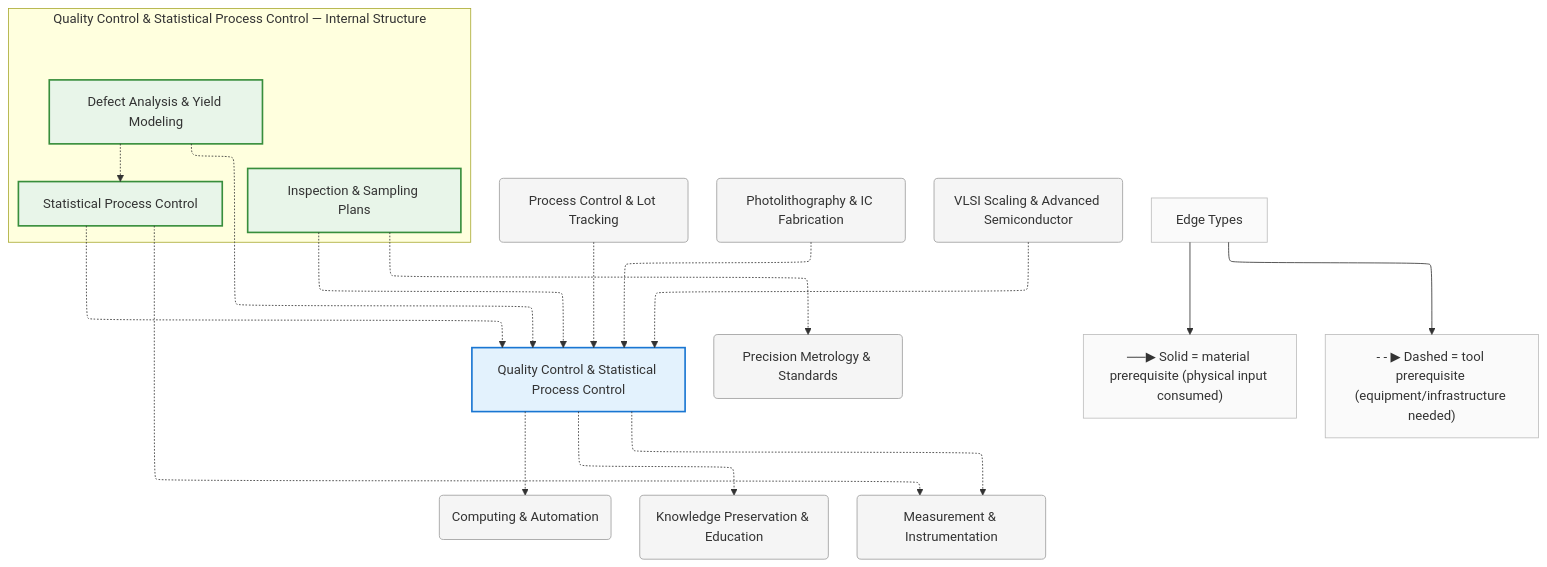
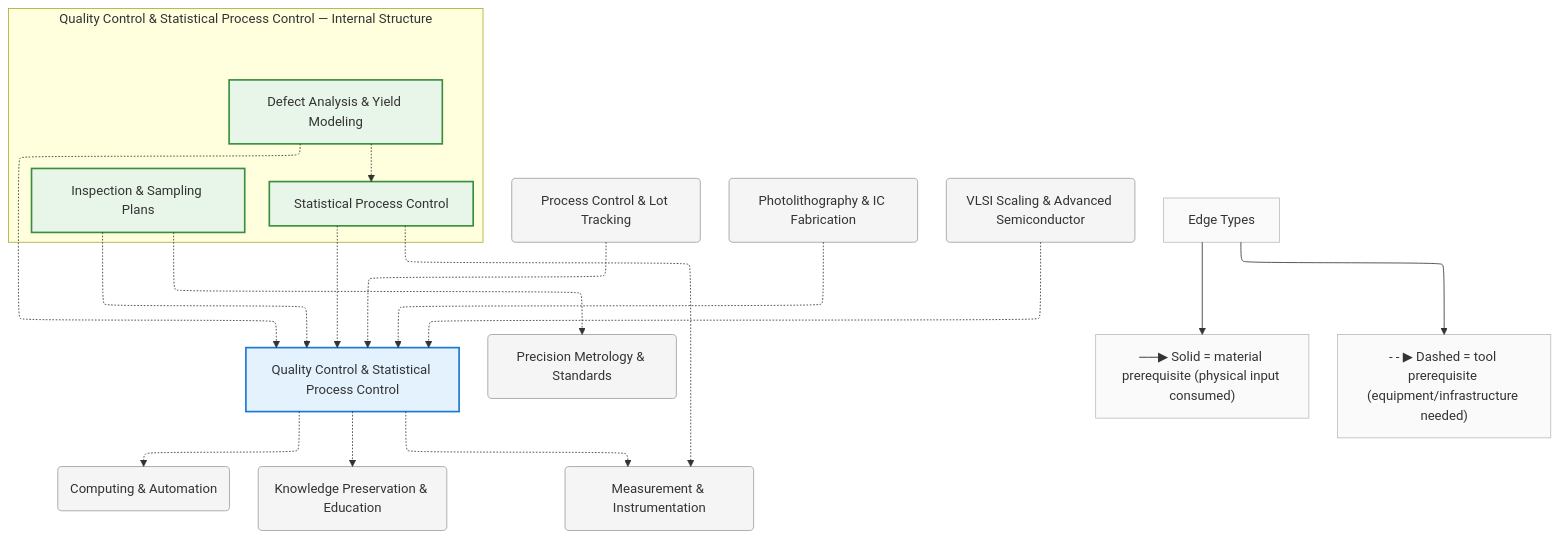
Before and after one commit to egofree/TechTree: the diagram in diagrams/mermaid/quality-control.mmd, drawn with Mermaid. The commit also changed other lines of this file and 94 other files, not shown here.

First line of the commit message:
feat(scripts): rewrite diagram generator, site builder, and validator to use tt_data.py

```diff
--- a/diagrams/mermaid/quality-control.mmd
+++ b/diagrams/mermaid/quality-control.mmd
@@ -1,64 +1,64 @@
 %%{init: {"flowchart": {"defaultRenderer": "elk", "htmlLabels": true}}}%%
 graph TD
     %% Domain: Quality Control & Statistical Process Control
 
     %% ==================== INTERNAL NODES ====================
     subgraph quality-control_internal ["Quality Control & Statistical Process Control — Internal Structure"]
         direction TB
+        quality-control_defect-analysis["Defect Analysis & Yield Modeling"]
+        quality-control_inspection-sampling["Inspection & Sampling Plans"]
         quality-control_spc["Statistical Process Control"]
-        quality-control_inspection-sampling["Inspection & Sampling Plans"]
-        quality-control_defect-analysis["Defect Analysis & Yield Modeling"]
     end
 
     %% ==================== DOMAIN NODE ====================
     quality-control["Quality Control & Statistical Process Control"]
 
     %% ==================== EXTERNAL DEPENDENCIES ====================
     automation_process-control("Process Control & Lot Tracking")
     computing("Computing & Automation")
     knowledge("Knowledge Preservation & Education")
     measurement("Measurement & Instrumentation")
     measurement_precision-metrology("Precision Metrology & Standards")
     photolithography("Photolithography & IC Fabrication")
     vlsi-scaling("VLSI Scaling & Advanced Semiconductor")
 
     %% ==================== EDGES ====================
+    quality-control_defect-analysis -.-> quality-control_spc
+    quality-control_defect-analysis -.-> quality-control
+    quality-control_inspection-sampling -.-> quality-control
     quality-control_spc -.-> quality-control
-    quality-control_inspection-sampling -.-> quality-control
-    quality-control_defect-analysis -.-> quality-control
-    quality-control_defect-analysis -.-> quality-control_spc
-    quality-control -.-> measurement
+    automation_process-control -.-> quality-control
+    photolithography -.-> quality-control
+    quality-control_inspection-sampling -.-> measurement_precision-metrology
+    quality-control_spc -.-> measurement
     quality-control -.-> computing
     quality-control -.-> knowledge
-    quality-control_spc -.-> measurement
-    quality-control_inspection-sampling -.-> measurement_precision-metrology
+    quality-control -.-> measurement
     vlsi-scaling -.-> quality-control
-    photolithography -.-> quality-control
-    automation_process-control -.-> quality-control
 
     %% ==================== EDGE TYPE LEGEND ====================
     EdgeLegend["Edge Types"]
     EdgeLegend --> MatNote["──▶ Solid = material prerequisite (physical input consumed)"]
     EdgeLegend --> ToolNote["- - ▶ Dashed = tool prerequisite (equipment/infrastructure needed)"]
 
     %% ==================== STYLING ====================
     classDef domain fill:#e3f2fd,stroke:#1976d2,stroke-width:2px
     classDef capability fill:#e8f5e9,stroke:#388e3c,stroke-width:2px
     classDef process fill:#fff3e0,stroke:#f57c00,stroke-width:2px
     classDef critical fill:#fff3e0,stroke:#f57c00,stroke-width:3px
     classDef earlyWin fill:#e8f5e9,stroke:#388e3c,stroke-width:3px
     classDef pinnacle fill:#fce4ec,stroke:#c62828,stroke-width:3px
     classDef external fill:#f5f5f5,stroke:#9e9e9e,stroke-width:1px
     classDef legend fill:#fafafa,stroke:#bdbdbd,stroke-width:1px
     class quality-control domain
+    class quality-control_defect-analysis capability
+    class quality-control_inspection-sampling capability
     class quality-control_spc capability
-    class quality-control_inspection-sampling capability
-    class quality-control_defect-analysis capability
     class automation_process-control external
     class computing external
     class knowledge external
     class measurement external
     class measurement_precision-metrology external
     class photolithography external
     class vlsi-scaling external
     class EdgeLegend,MatNote,ToolNote legend
```
